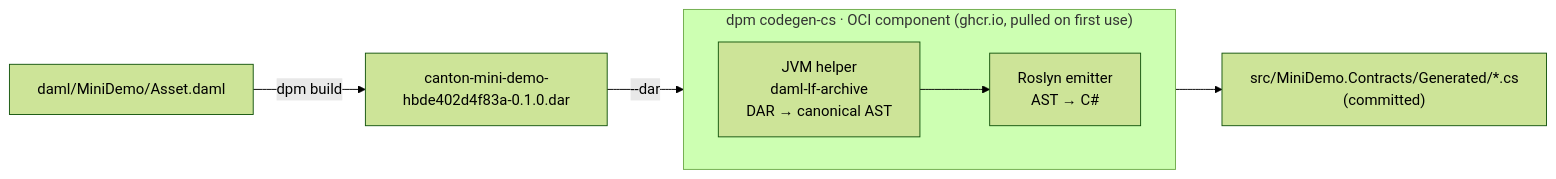
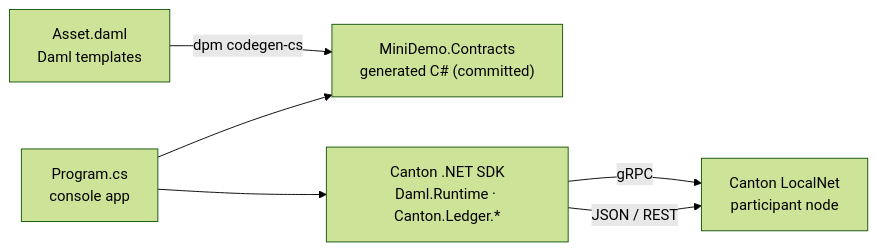
One commit to peacefulstudio/canton-dotnet-sdk-mini-demo changed the diagram in README.md. Above: the diagram before and after it, drawn with Mermaid (forest theme). The commit also changed other lines of this file and 23 other files, not shown here.

````diff
--- a/README.md
+++ b/README.md
@@ -137,10 +30,8 @@
 ```mermaid
 flowchart LR
-    A["daml/MiniDemo/Asset.daml"] -->|"dpm build"| B["canton-mini-demo-hbde402d4f83a-0.1.0.dar"]
-    subgraph OCI["dpm codegen-cs · OCI component (ghcr.io, pulled on first use)"]
-        direction LR
-        J["JVM helper<br/>daml-lf-archive<br/>DAR → canonical AST"] --> R["Roslyn emitter<br/>AST → C#"]
-    end
-    B -->|"--dar"| J
-    R --> D["src/MiniDemo.Contracts/Generated/*.cs<br/>(committed)"]
+    daml["Asset.daml<br/>Daml templates"] -->|"dpm codegen-cs"| bindings["MiniDemo.Contracts<br/>generated C# (committed)"]
+    app["Program.cs<br/>console app"] --> bindings
+    app --> sdk["Canton .NET SDK<br/>Daml.Runtime · Canton.Ledger.*"]
+    sdk -->|"gRPC"| node["Canton LocalNet<br/>participant node"]
+    sdk -->|"JSON / REST"| node
 ```
````
